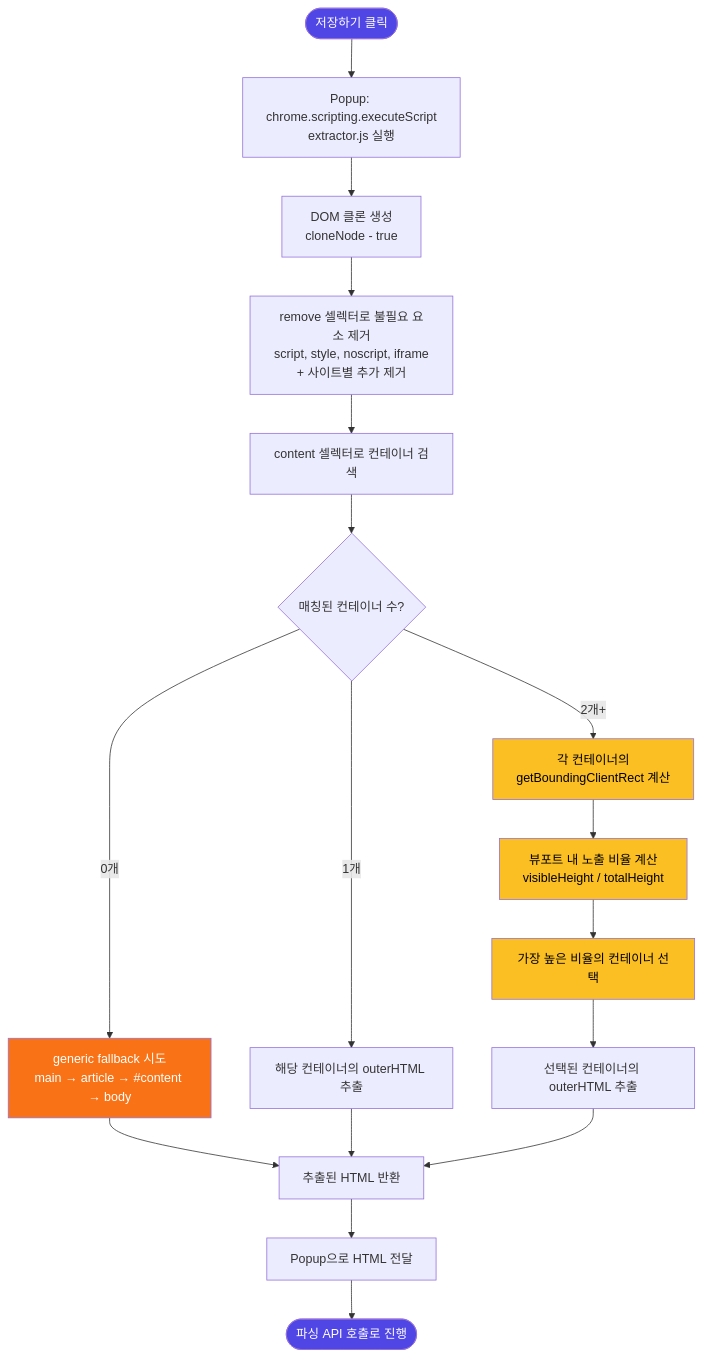
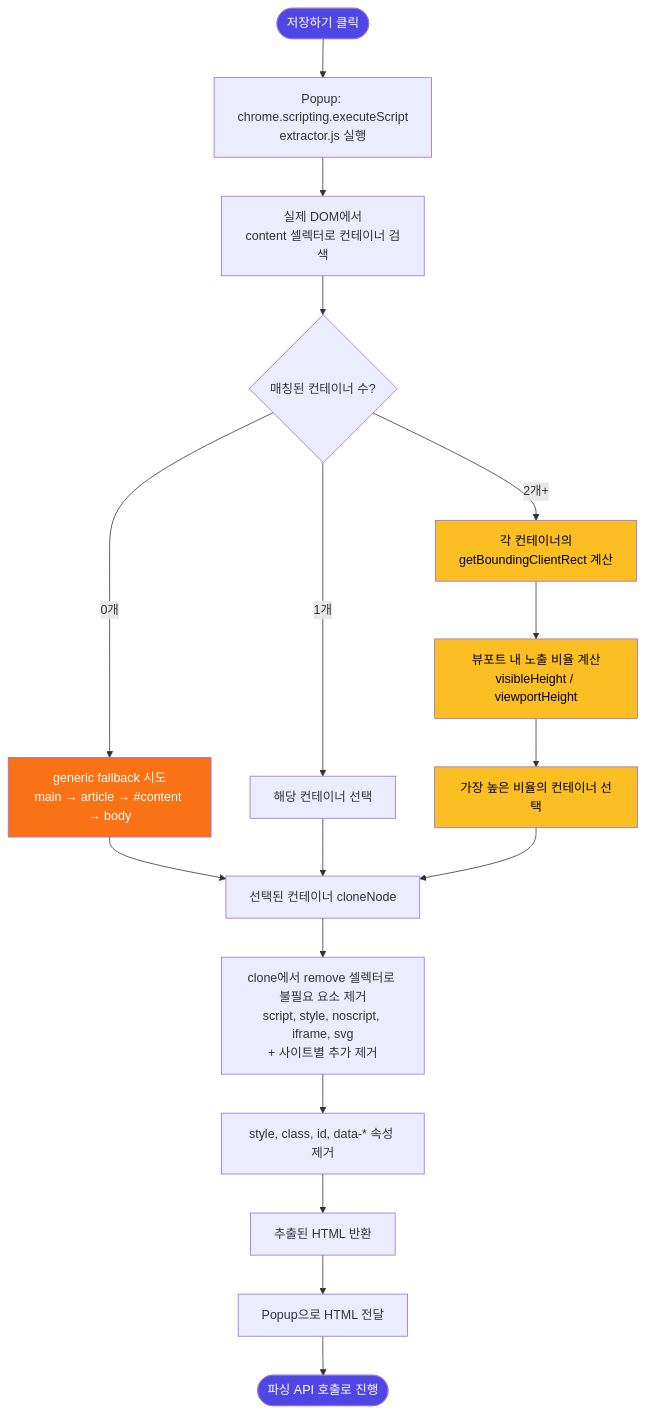
The third of 6 diagrams in docs/extension/flow.md (chaeseungyun/jobtrack), drawn with Mermaid before and after one commit. The commit also changed other lines of this file and 5 other files, not shown here.

````diff
--- a/docs/extension/flow.md
+++ b/docs/extension/flow.md
@@ -122,36 +124,36 @@
 ```mermaid
 flowchart TD
     Start([저장하기 클릭]) --> Inject[Popup: chrome.scripting.executeScript<br/>extractor.js 실행]
 
-    Inject --> CloneDOM[DOM 클론 생성<br/>cloneNode - true]
-    CloneDOM --> RemoveNoise[remove 셀렉터로 불필요 요소 제거<br/>script, style, noscript, iframe<br/>+ 사이트별 추가 제거]
-
-    RemoveNoise --> FindContainers[content 셀렉터로 컨테이너 검색]
+    Inject --> FindContainers[실제 DOM에서<br/>content 셀렉터로 컨테이너 검색]
     FindContainers --> CountCheck{매칭된 컨테이너 수?}
 
     %% ── 0개: fallback ──
     CountCheck -- "0개" --> GenericFallback[generic fallback 시도<br/>main → article → #content → body]
-    GenericFallback --> ReturnHTML[추출된 HTML 반환]
+    GenericFallback --> CloneSelected[선택된 컨테이너 cloneNode]
 
     %% ── 1개: 바로 추출 ──
-    CountCheck -- "1개" --> SingleExtract[해당 컨테이너의 outerHTML 추출]
-    SingleExtract --> ReturnHTML
+    CountCheck -- "1개" --> SingleExtract[해당 컨테이너 선택]
+    SingleExtract --> CloneSelected
 
     %% ── 2개 이상: 뷰포트 감지 ──
     CountCheck -- "2개+" --> ViewportDetect[각 컨테이너의<br/>getBoundingClientRect 계산]
-    ViewportDetect --> CalcRatio[뷰포트 내 노출 비율 계산<br/>visibleHeight / totalHeight]
+    ViewportDetect --> CalcRatio[뷰포트 내 노출 비율 계산<br/>visibleHeight / viewportHeight]
     CalcRatio --> SelectBest[가장 높은 비율의 컨테이너 선택]
-    SelectBest --> ExtractBest[선택된 컨테이너의 outerHTML 추출]
-    ExtractBest --> ReturnHTML
+    SelectBest --> CloneSelected
+
+    CloneSelected --> RemoveNoise[clone에서 remove 셀렉터로 불필요 요소 제거<br/>script, style, noscript, iframe, svg<br/>+ 사이트별 추가 제거]
+    RemoveNoise --> StripAttrs[style, class, id, data-* 속성 제거]
+    StripAttrs --> ReturnHTML[추출된 HTML 반환]
 
     ReturnHTML --> SendToPopup[Popup으로 HTML 전달]
     SendToPopup --> End([파싱 API 호출로 진행])
 
     %% ── 스타일 ──
     style Start fill:#4f46e5,color:#fff
     style End fill:#4f46e5,color:#fff
     style ViewportDetect fill:#fbbf24,color:#000
     style CalcRatio fill:#fbbf24,color:#000
     style SelectBest fill:#fbbf24,color:#000
     style GenericFallback fill:#f97316,color:#fff
 ```
````
